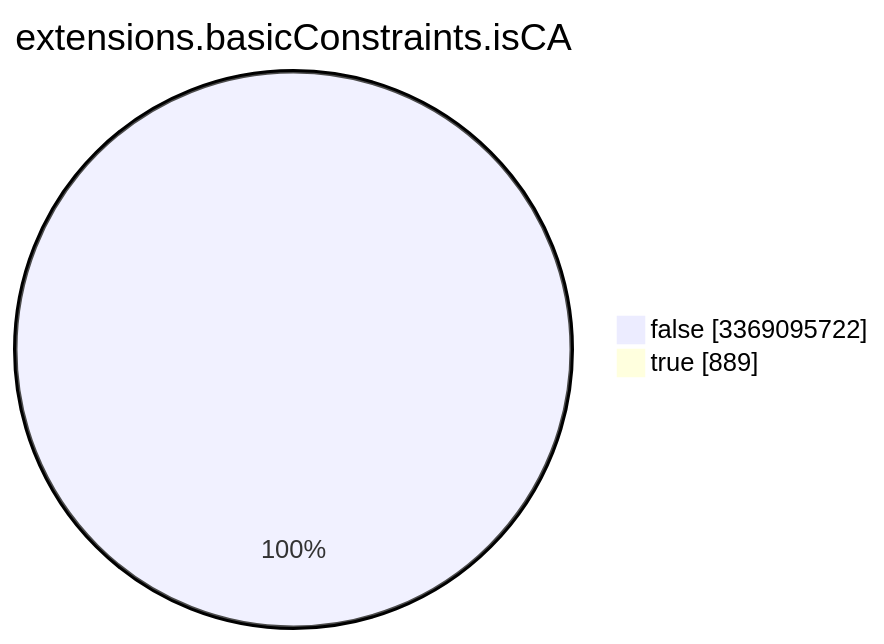
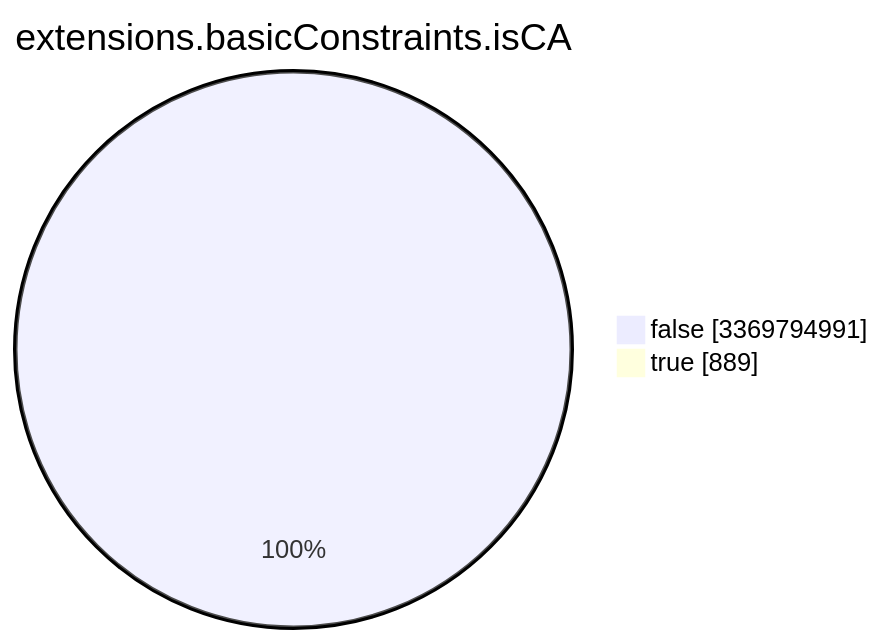
The seventh of 15 diagrams in TOTAL/README.md (christiankrug/ctmonitor_visualization), drawn with Mermaid before and after one commit. The commit also changed other lines of this file, not shown here.

````diff
--- a/TOTAL/README.md
+++ b/TOTAL/README.md
@@ -3090,6 +3090,6 @@
 ```mermaid
 pie showData
 title extensions.basicConstraints.isCA
-"false" :3369095722
+"false" :3369794991
 "true" :889
 ```
````
